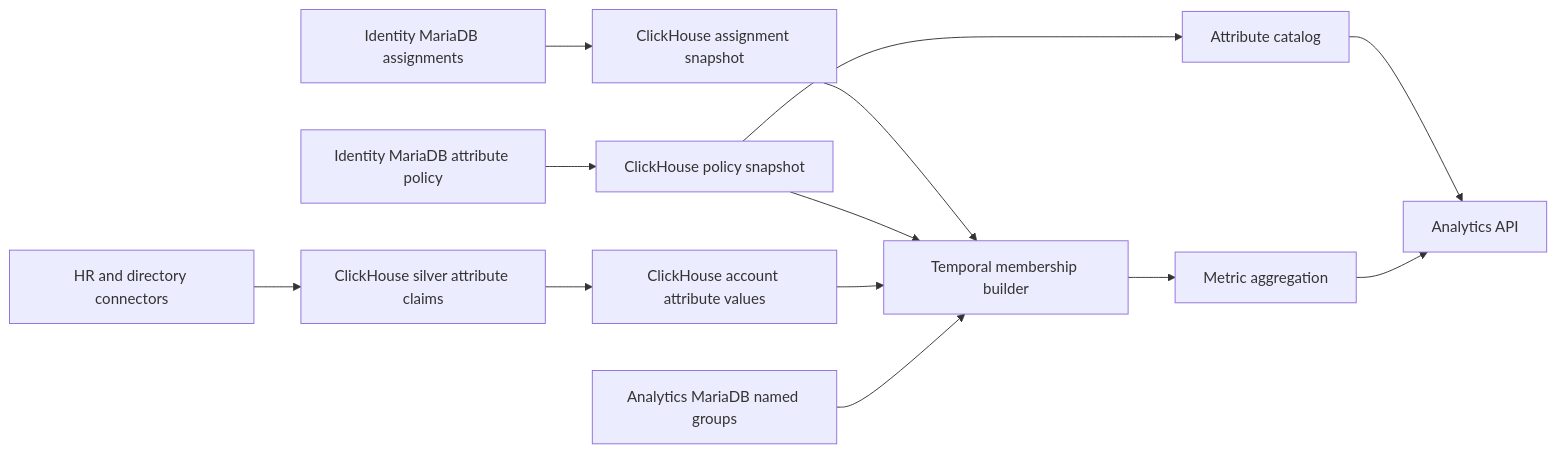
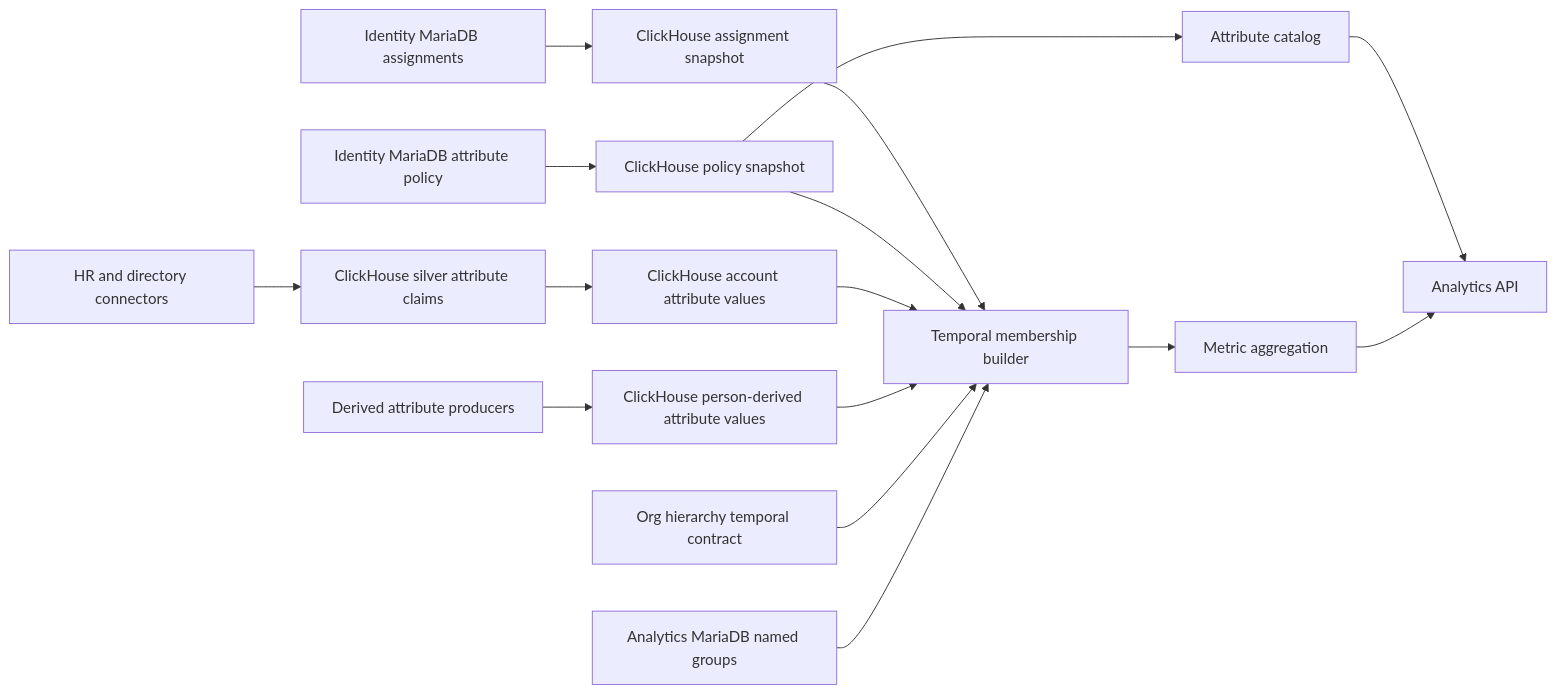
The first of 5 diagrams in docs/domain/person-attributes/specs/DESIGN.md (aleksdotbar/insight), drawn with Mermaid before and after one commit. The commit also changed other lines of this file and 2 other files, not shown here.

Commit message:
docs(person-attributes): reconcile epic acceptance criteria

````diff
--- a/docs/domain/person-attributes/specs/DESIGN.md
+++ b/docs/domain/person-attributes/specs/DESIGN.md
@@ -98,15 +99,18 @@
 ```mermaid
 flowchart LR
     HR["HR and directory connectors"] --> CLAIMS["ClickHouse silver attribute claims"]
+    DERIVED["Derived attribute producers"] --> DERIVEDVALUES["ClickHouse person-derived attribute values"]
     ID["Identity MariaDB assignments"] --> IDSNAP["ClickHouse assignment snapshot"]
     POLICY["Identity MariaDB attribute policy"] --> POLICYSNAP["ClickHouse policy snapshot"]
     CLAIMS --> VALUES["ClickHouse account attribute values"]
     IDSNAP --> MEMBERSHIP["Temporal membership builder"]
     POLICYSNAP --> CATALOG["Attribute catalog"]
     POLICYSNAP --> MEMBERSHIP
     VALUES --> MEMBERSHIP
+    DERIVEDVALUES --> MEMBERSHIP
+    HIERARCHY["Org hierarchy temporal contract"] --> MEMBERSHIP
     GROUPS["Analytics MariaDB named groups"] --> MEMBERSHIP
     CATALOG --> API["Analytics API"]
     MEMBERSHIP --> METRICS["Metric aggregation"]
     METRICS --> API
 ```
````
